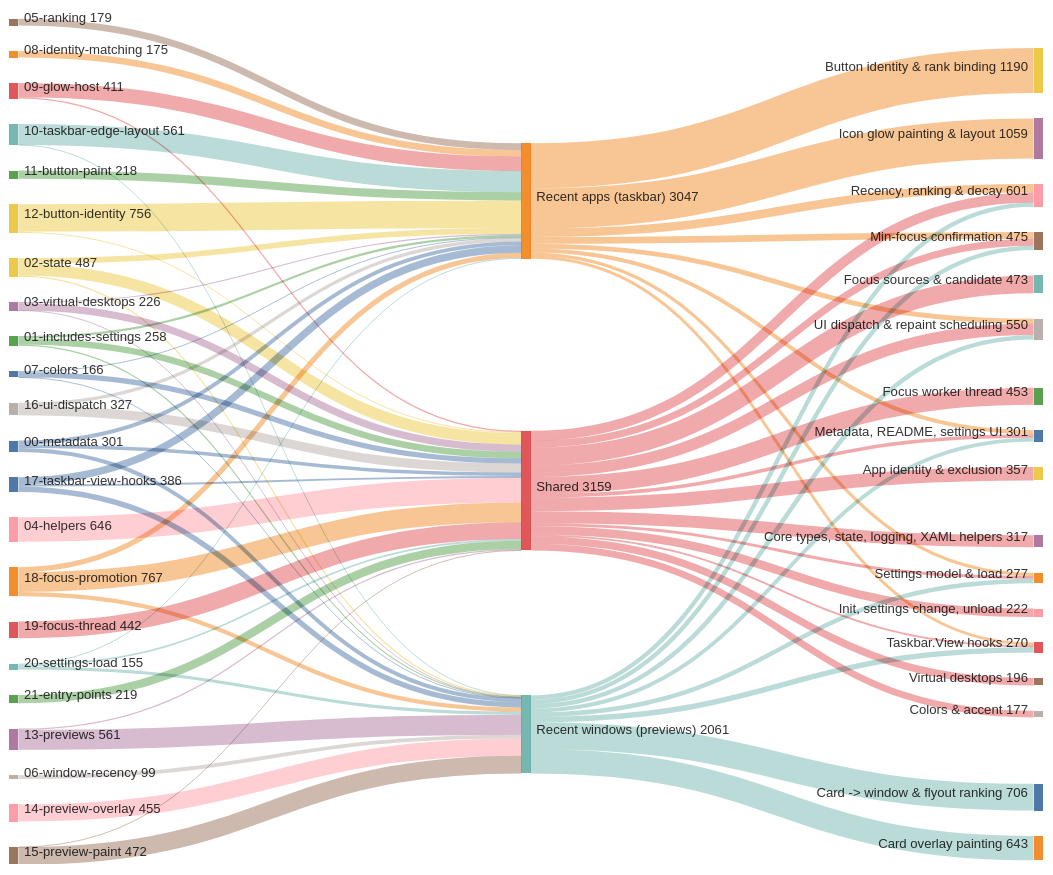
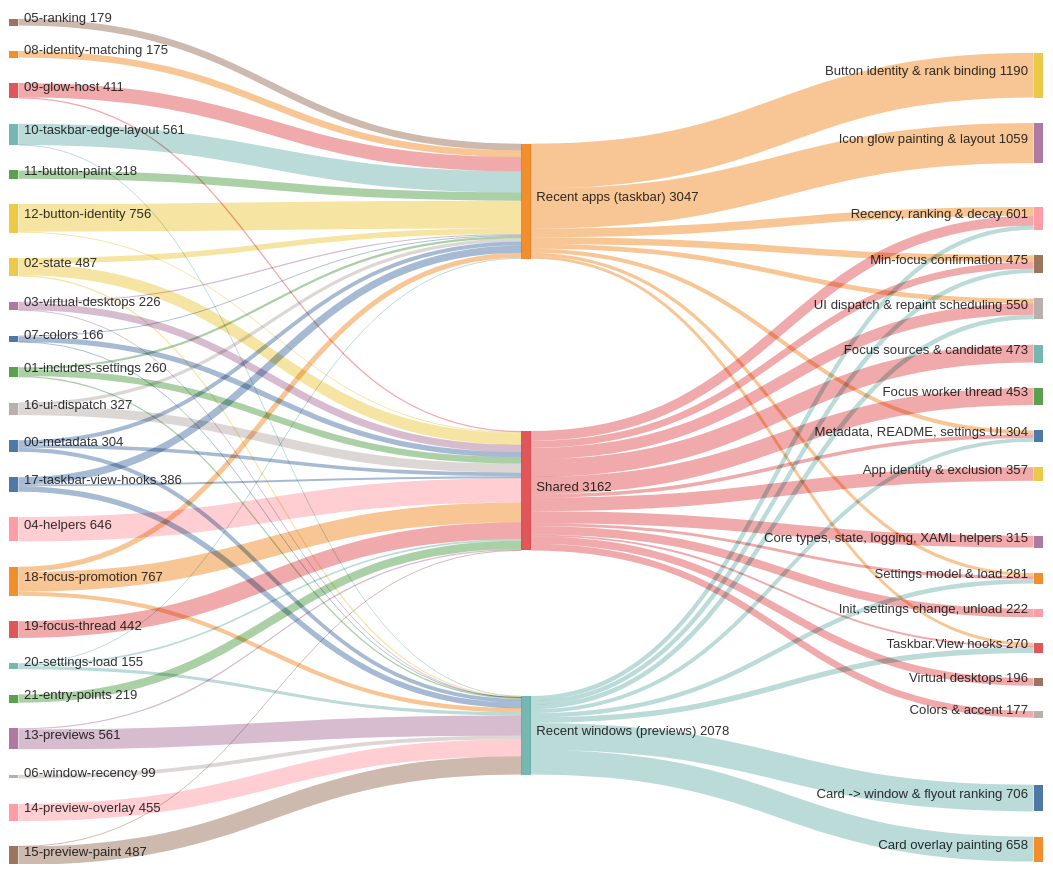
Before and after one commit to jvlasek/taskbar-recent-focus-highlight: the second of 5 diagrams in doc/code/code-breakdown.md, drawn with Mermaid. The commit also changed other lines of this file and 8 other files, not shown here.

```diff
--- a/doc/code/code-breakdown.md
+++ b/doc/code/code-breakdown.md
@@ -38,11 +38,11 @@
 ---
 sankey-beta
 00-metadata,"Recent apps (taskbar)",105
-00-metadata,"Shared",93
+00-metadata,"Shared",96
 00-metadata,"Recent windows (previews)",103
 01-includes-settings,"Recent apps (taskbar)",59
 01-includes-settings,"Shared",169
-01-includes-settings,"Recent windows (previews)",30
+01-includes-settings,"Recent windows (previews)",32
 02-state,"Recent apps (taskbar)",150
 02-state,"Shared",306
 02-state,"Recent windows (previews)",31
@@ -67,7 +67,7 @@
 13-previews,"Recent windows (previews)",528
 14-preview-overlay,"Recent windows (previews)",455
 15-preview-paint,"Shared",4
-15-preview-paint,"Recent windows (previews)",468
+15-preview-paint,"Recent windows (previews)",483
 16-ui-dispatch,"Recent apps (taskbar)",87
 16-ui-dispatch,"Shared",240
 17-taskbar-view-hooks,"Recent apps (taskbar)",193
@@ -92,21 +92,21 @@
 "Shared","Focus sources & candidate",473
 "Shared","Focus worker thread",453
 "Shared","App identity & exclusion",357
-"Shared","Core types, state, logging, XAML helpers",317
+"Shared","Core types, state, logging, XAML helpers",315
 "Shared","UI dispatch & repaint scheduling",300
 "Shared","Recency, ranking & decay",261
 "Shared","Init, settings change, unload",222
 "Shared","Virtual desktops",196
 "Shared","Min-focus confirmation",185
 "Shared","Colors & accent",177
-"Shared","Metadata, README, settings UI",93
-"Shared","Settings model & load",75
+"Shared","Metadata, README, settings UI",96
+"Shared","Settings model & load",77
 "Shared","Taskbar.View hooks",50
 "Recent windows (previews)","Card -> window & flyout ranking",706
-"Recent windows (previews)","Card overlay painting",643
+"Recent windows (previews)","Card overlay painting",658
 "Recent windows (previews)","Taskbar.View hooks",143
 "Recent windows (previews)","UI dispatch & repaint scheduling",121
-"Recent windows (previews)","Settings model & load",117
+"Recent windows (previews)","Settings model & load",119
 "Recent windows (previews)","Min-focus confirmation",115
 "Recent windows (previews)","Recency, ranking & decay",113
 "Recent windows (previews)","Metadata, README, settings UI",103
```
